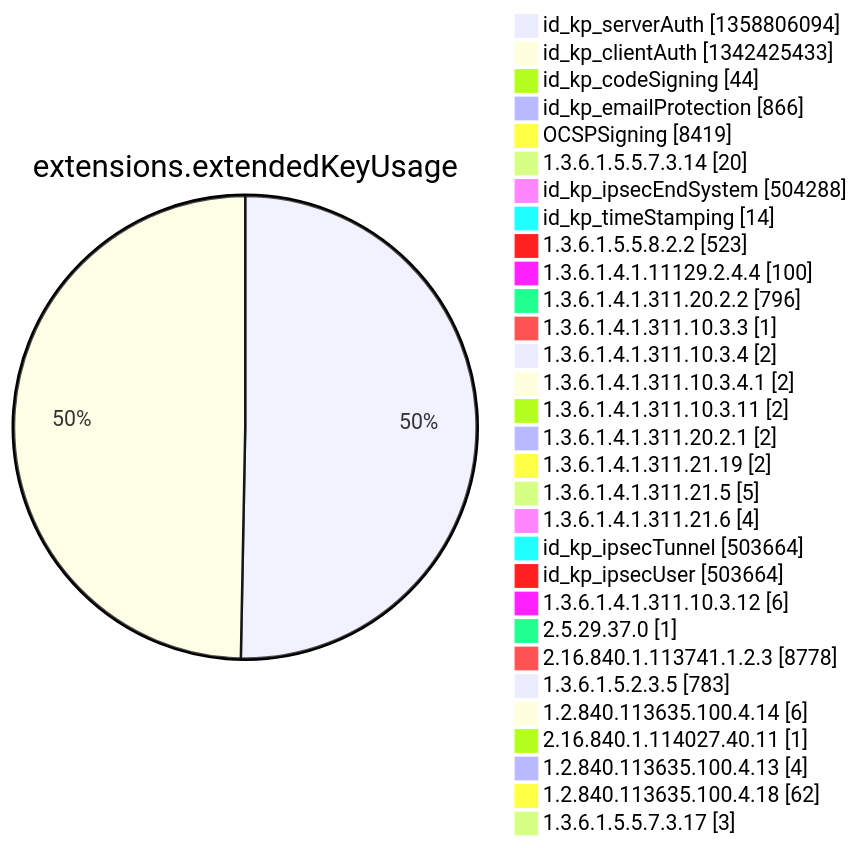
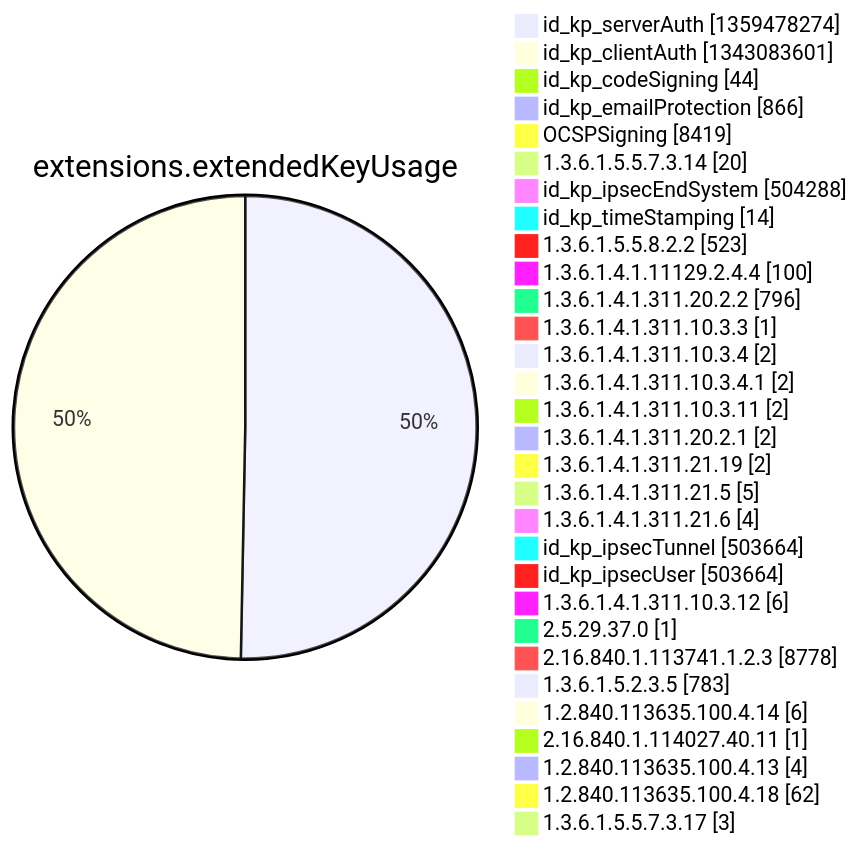
Before and after one commit to christiankrug/ctmonitor_visualization: diagram 12 of 15 in argon2022/README.md, drawn with Mermaid. The commit also changed other lines of this file, not shown here.

````diff
--- a/argon2022/README.md
+++ b/argon2022/README.md
@@ -3553,34 +3553,34 @@
 ```mermaid
 pie showData
 title extensions.extendedKeyUsage
-"id_kp_serverAuth" :1358806094
-"id_kp_clientAuth" :1342425433
+"id_kp_serverAuth" :1359478274
+"id_kp_clientAuth" :1343083601
 "id_kp_codeSigning" :44
 "id_kp_emailProtection" :866
 "OCSPSigning" :8419
 "1.3.6.1.5.5.7.3.14" :20
 "id_kp_ipsecEndSystem" :504288
 "id_kp_timeStamping" :14
 "1.3.6.1.5.5.8.2.2" :523
 "1.3.6.1.4.1.11129.2.4.4" :100
 "1.3.6.1.4.1.311.20.2.2" :796
 "1.3.6.1.4.1.311.10.3.3" :1
 "1.3.6.1.4.1.311.10.3.4" :2
 "1.3.6.1.4.1.311.10.3.4.1" :2
 "1.3.6.1.4.1.311.10.3.11" :2
 "1.3.6.1.4.1.311.20.2.1" :2
 "1.3.6.1.4.1.311.21.19" :2
 "1.3.6.1.4.1.311.21.5" :5
 "1.3.6.1.4.1.311.21.6" :4
 "id_kp_ipsecTunnel" :503664
 "id_kp_ipsecUser" :503664
 "1.3.6.1.4.1.311.10.3.12" :6
 "2.5.29.37.0" :1
 "2.16.840.1.113741.1.2.3" :8778
 "1.3.6.1.5.2.3.5" :783
 "1.2.840.113635.100.4.14" :6
 "2.16.840.1.114027.40.11" :1
 "1.2.840.113635.100.4.13" :4
 "1.2.840.113635.100.4.18" :62
 "1.3.6.1.5.5.7.3.17" :3
 ```
````
